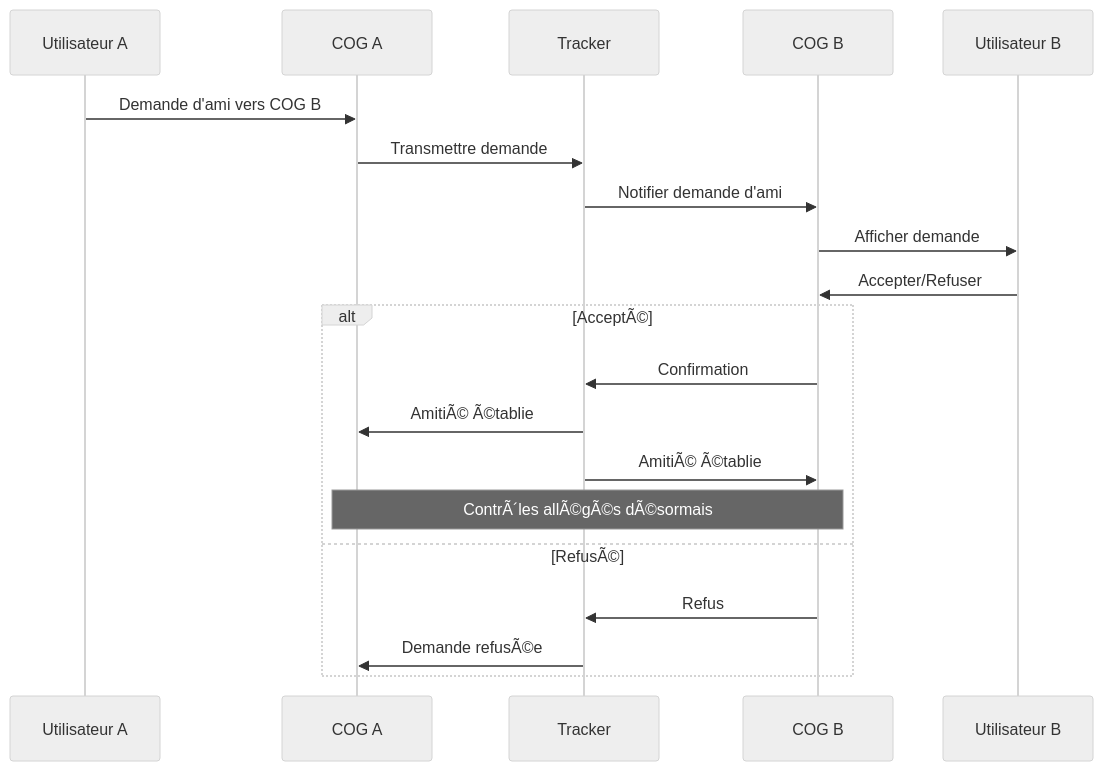
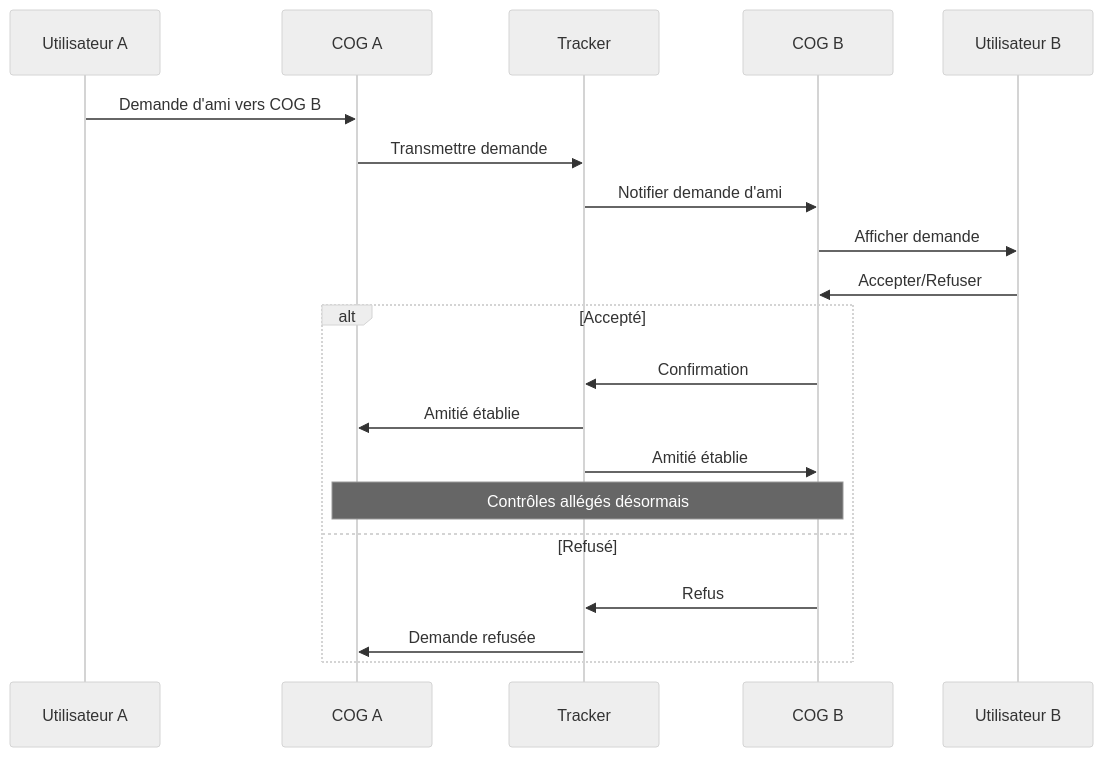
One commit to StudioMiyukini/miyukini_cog changed the fifth of 5 diagrams in docs/miyukini-webway-system/lobbys/MWS - Lobbys Favoris et Amis.md. Above: the diagram before and after it, drawn with Mermaid (neutral theme). The commit also changed other lines of this file and 564 other files, not shown here.

````diff
--- a/docs/miyukini-webway-system/lobbys/MWS - Lobbys Favoris et Amis.md
+++ b/docs/miyukini-webway-system/lobbys/MWS - Lobbys Favoris et Amis.md
@@ -285,23 +285,23 @@
 ```mermaid
 sequenceDiagram
     participant UserA as Utilisateur A
     participant COGA as COG A
     participant T as Tracker
     participant COGB as COG B
     participant UserB as Utilisateur B
 
     UserA->>COGA: Demande d'ami vers COG B
     COGA->>T: Transmettre demande
     T->>COGB: Notifier demande d'ami
     COGB->>UserB: Afficher demande
     UserB->>COGB: Accepter/Refuser
-    alt AcceptÃ©
+    alt Accepté
         COGB->>T: Confirmation
-        T->>COGA: AmitiÃ© Ã©tablie
-        T->>COGB: AmitiÃ© Ã©tablie
-        Note over COGA,COGB: ContrÃ´les allÃ©gÃ©s dÃ©sormais
-    else RefusÃ©
+        T->>COGA: Amitié établie
+        T->>COGB: Amitié établie
+        Note over COGA,COGB: Contrôles allégés désormais
+    else Refusé
         COGB->>T: Refus
-        T->>COGA: Demande refusÃ©e
+        T->>COGA: Demande refusée
     end
 ```
````
